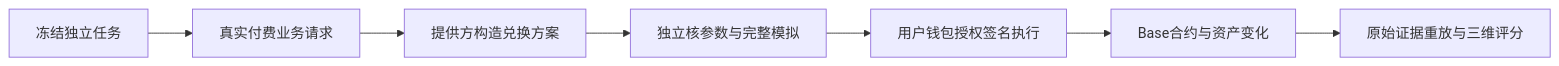
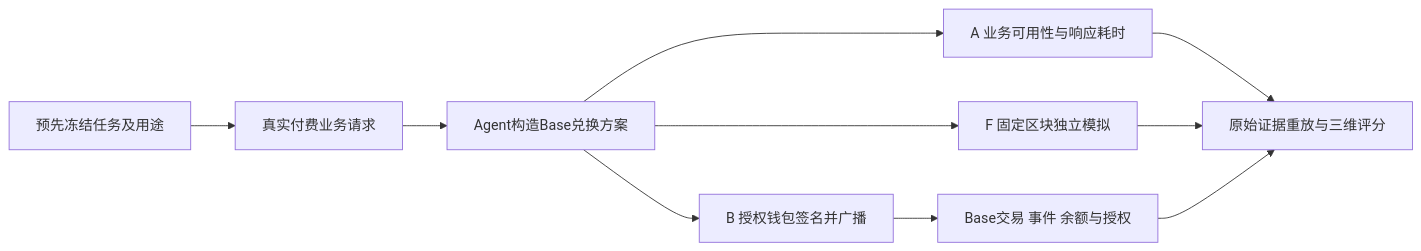
The diagram in docs/runbooks/MANGOSWAP_EVALUATION_20261027.md (Ryanjxy123/web3-agent-reputation), drawn with Mermaid before and after one commit. The commit also changed other lines of this file and 25 other files, not shown here.

````diff
--- a/docs/runbooks/MANGOSWAP_EVALUATION_20261027.md
+++ b/docs/runbooks/MANGOSWAP_EVALUATION_20261027.md
@@ -11,9 +13,12 @@
 ```mermaid
 flowchart LR
-  A[冻结独立任务] --> B[真实付费业务请求]
-  B --> C[提供方构造兑换方案]
-  C --> D[独立核参数与完整模拟]
-  D --> E[用户钱包授权签名执行]
-  E --> F[Base合约与资产变化]
-  F --> G[原始证据重放与三维评分]
+  T[预先冻结任务及用途] --> R[真实付费业务请求]
+  R --> S[Agent构造Base兑换方案]
+  S --> A[A 业务可用性与响应耗时]
+  S --> F[F 固定区块独立模拟]
+  S --> B[B 授权钱包签名并广播]
+  B --> C[Base交易 事件 余额与授权]
+  A --> V[原始证据重放与三维评分]
+  F --> V
+  C --> V
 ```
````
